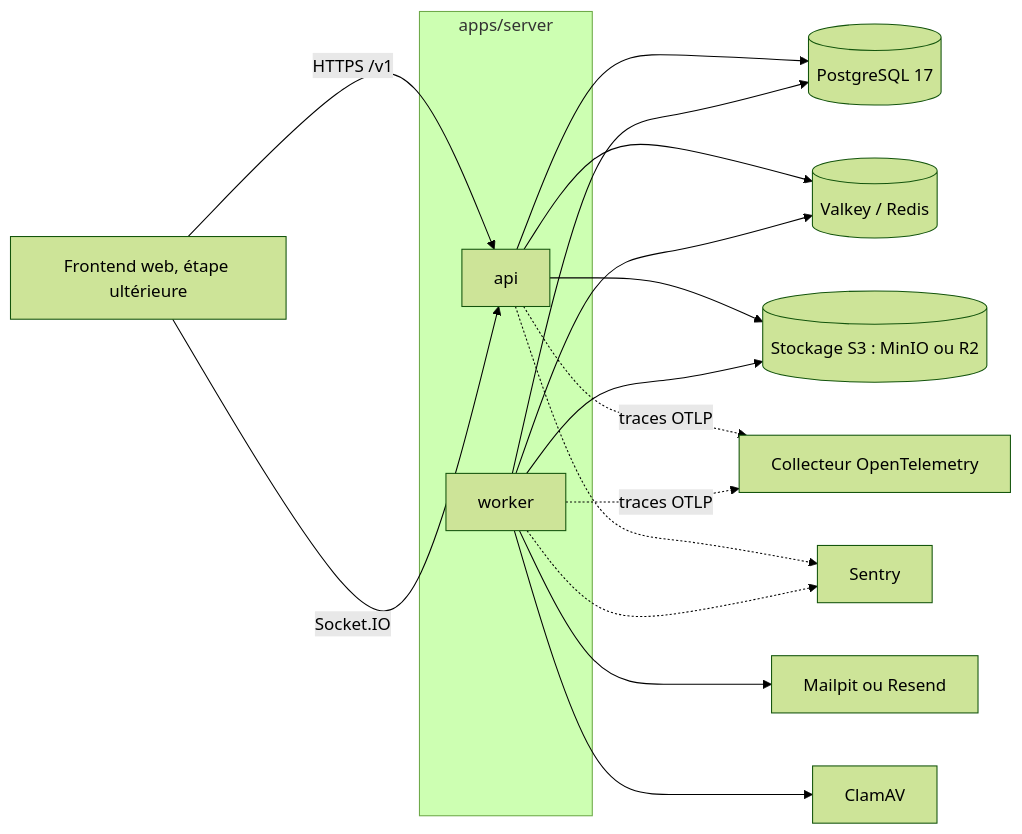
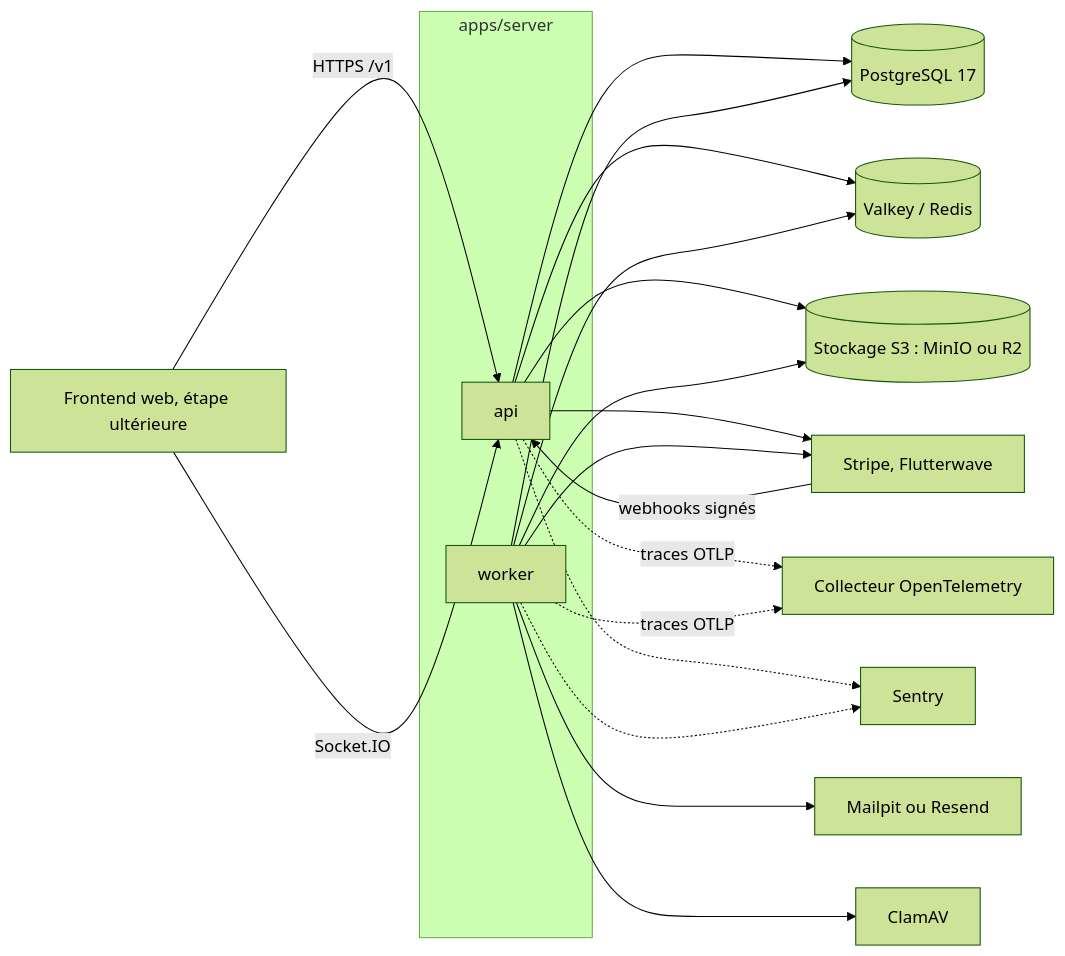
The first of 4 diagrams in docs/architecture/overview.md (OpenWork-NCE/pitchorium), drawn with Mermaid (forest theme) before and after one commit. The commit also changed other lines of this file and 69 other files, not shown here.

````diff
--- a/docs/architecture/overview.md
+++ b/docs/architecture/overview.md
@@ -34,21 +34,24 @@
 ```mermaid
 flowchart LR
   web[Frontend web, étape ultérieure] -->|HTTPS /v1| api
   web -->|Socket.IO| api
   subgraph server[apps/server]
     api[api]
     worker[worker]
   end
   api --> pg[(PostgreSQL 17)]
   worker --> pg
   api --> redis[(Valkey / Redis)]
   worker --> redis
   api --> s3[(Stockage S3 : MinIO ou R2)]
   worker --> mail[Mailpit ou Resend]
   worker --> s3
   worker --> clamav[ClamAV]
+  api --> psp[Stripe, Flutterwave]
+  worker --> psp
+  psp -->|webhooks signés| api
   api -.->|traces OTLP| otel[Collecteur OpenTelemetry]
   worker -.->|traces OTLP| otel
   api -.-> sentry[Sentry]
   worker -.-> sentry
 ```
````
